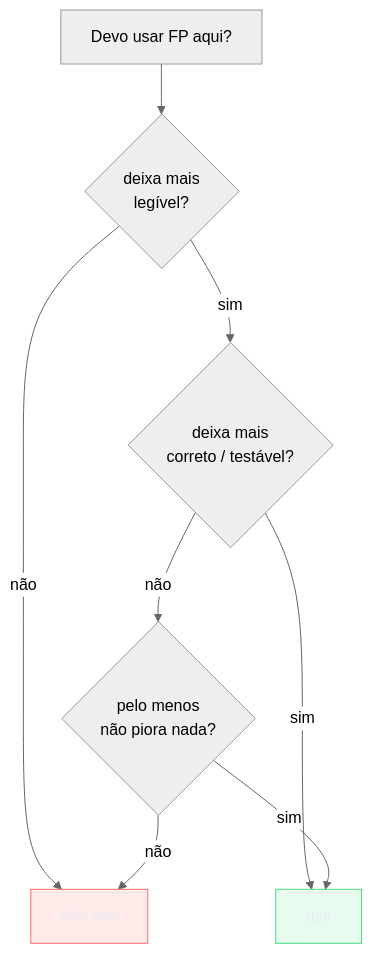
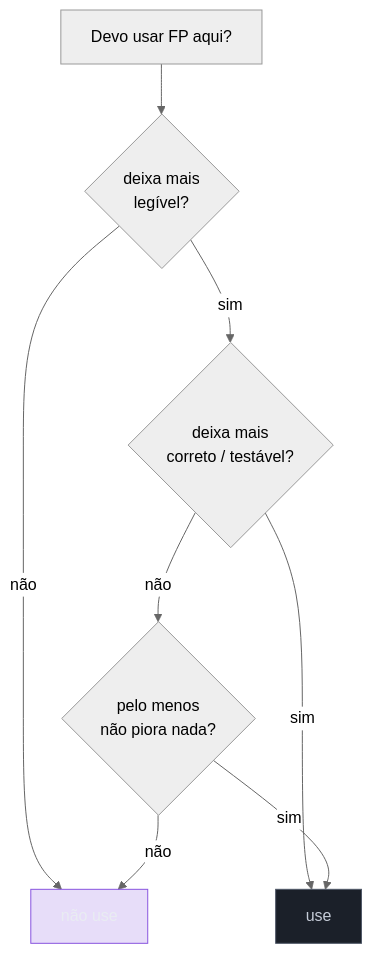
Before and after one commit to josenaldo/codex-technomanticus: the fourth of 4 diagrams in 03-Dominios/Ciência/Paradigmas/15 - Programação funcional na prática.md, drawn with Mermaid (neutral theme). The commit also changed other lines of this file and 601 other files, not shown here.

````diff
--- a/03-Dominios/Ciência/Paradigmas/15 - Programação funcional na prática.md
+++ b/03-Dominios/Ciência/Paradigmas/15 - Programação funcional na prática.md
@@ -218,14 +218,14 @@
 ```mermaid
 flowchart TD
-    classDef ok fill:#4ADE8021,stroke:#4ADE80,color:#E9ECF2
-    classDef falha fill:#FF6B6B24,stroke:#FF6B6B,color:#E9ECF2
+    classDef marca fill:#8855DF33,stroke:#8855DF,color:#E9ECF2
+    classDef neutro fill:#1B2029,stroke:#4E5666,color:#C6CCD8
     A["Devo usar FP aqui?"] --> B{"deixa mais<br/>legível?"}
     B -->|não| N["não use"]
     B -->|sim| C{"deixa mais<br/>correto / testável?"}
     C -->|não| D{"pelo menos<br/>não piora nada?"}
     C -->|sim| Y["use"]
     D -->|sim| Y
     D -->|não| N
-    class Y ok
-    class N falha
+    class Y neutro
+    class N marca
 ```
````
